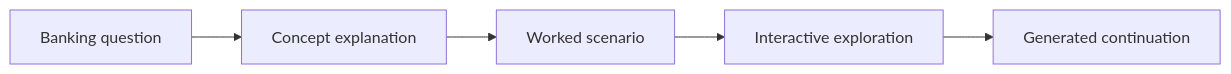
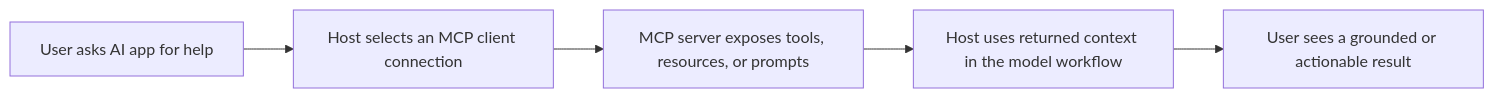
The diagram in README.md (akhilmakol/how-mcp-works), drawn with Mermaid before and after one commit. The commit also changed other lines of this file and 9 other files, not shown here.

````diff
--- a/README.md
+++ b/README.md
@@ -128,7 +145,7 @@
 ```mermaid
 flowchart LR
-    A["Banking question"] --> B["Concept explanation"]
-    B --> C["Worked scenario"]
-    C --> D["Interactive exploration"]
-    D --> E["Generated continuation"]
+    A["User asks AI app for help"] --> B["Host selects an MCP client connection"]
+    B --> C["MCP server exposes tools, resources, or prompts"]
+    C --> D["Host uses returned context in the model workflow"]
+    D --> E["User sees a grounded or actionable result"]
 ```
````
